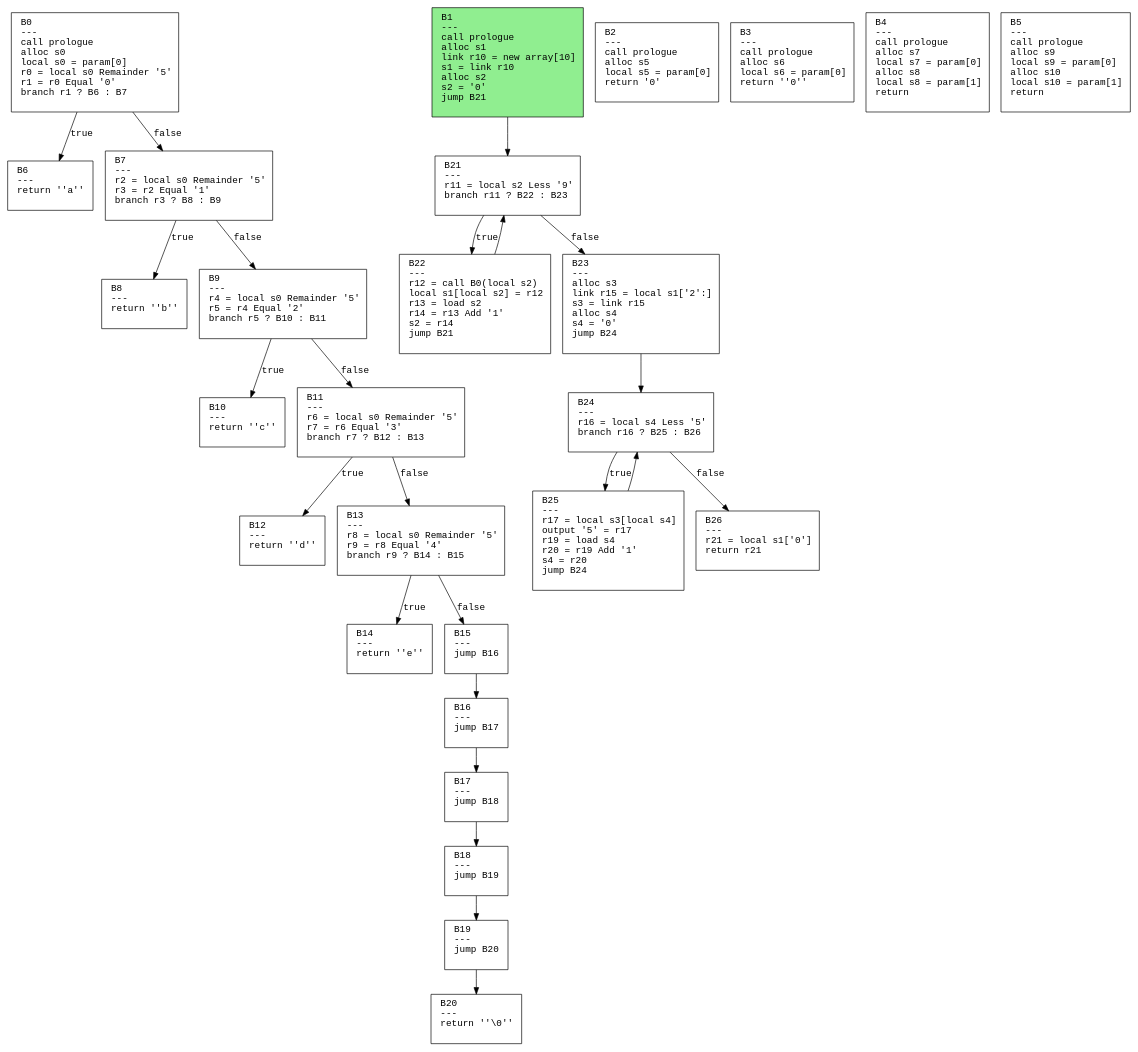
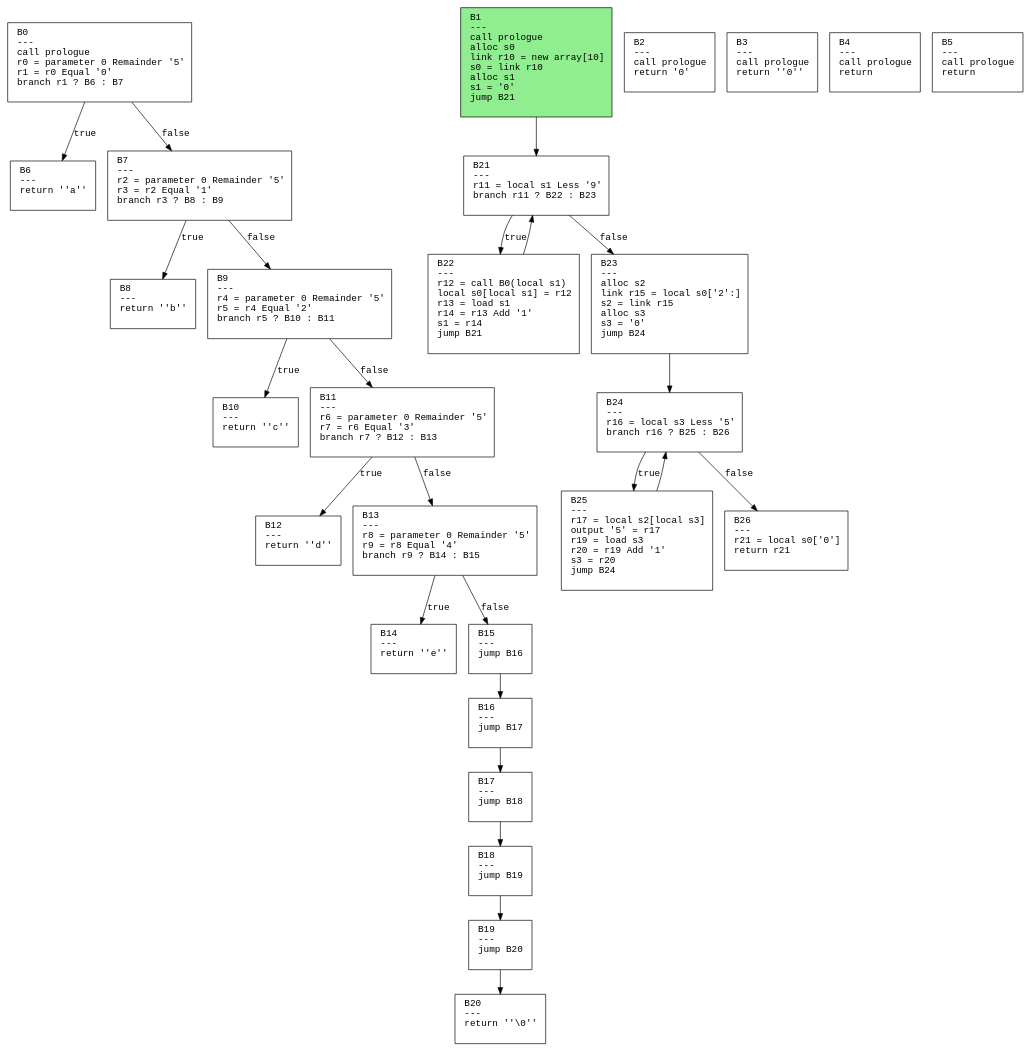
Before and after one commit to safarislava/ProcTranslator: the diagram in schemes/array.dot, drawn with Graphviz. The commit also changed 26 other files, not shown here.

```diff
--- a/schemes/array.dot
+++ b/schemes/array.dot
@@ -1,57 +1,57 @@
 digraph CFG {
   rankdir=TB;
   node [shape=box, fontname="Courier", style=filled, fillcolor=white, margin="0.2,0.1"];
   edge [fontname="Courier"];
 
-  "B0" [label="B0\l---\lcall prologue\lalloc s0\llocal s0 = param[0]\lr0 = local s0 Remainder '5'\lr1 = r0 Equal '0'\lbranch r1 ? B6 : B7\l "];
-  "B1" [label="B1\l---\lcall prologue\lalloc s1\llink r10 = new array[10]\ls1 = link r10\lalloc s2\ls2 = '0'\ljump B21\l "];
-  "B2" [label="B2\l---\lcall prologue\lalloc s5\llocal s5 = param[0]\lreturn '0'\l "];
-  "B3" [label="B3\l---\lcall prologue\lalloc s6\llocal s6 = param[0]\lreturn ''0''\l "];
-  "B4" [label="B4\l---\lcall prologue\lalloc s7\llocal s7 = param[0]\lalloc s8\llocal s8 = param[1]\lreturn\l "];
-  "B5" [label="B5\l---\lcall prologue\lalloc s9\llocal s9 = param[0]\lalloc s10\llocal s10 = param[1]\lreturn\l "];
+  "B0" [label="B0\l---\lcall prologue\lr0 = parameter 0 Remainder '5'\lr1 = r0 Equal '0'\lbranch r1 ? B6 : B7\l "];
+  "B1" [label="B1\l---\lcall prologue\lalloc s0\llink r10 = new array[10]\ls0 = link r10\lalloc s1\ls1 = '0'\ljump B21\l "];
+  "B2" [label="B2\l---\lcall prologue\lreturn '0'\l "];
+  "B3" [label="B3\l---\lcall prologue\lreturn ''0''\l "];
+  "B4" [label="B4\l---\lcall prologue\lreturn\l "];
+  "B5" [label="B5\l---\lcall prologue\lreturn\l "];
   "B6" [label="B6\l---\lreturn ''a''\l "];
-  "B7" [label="B7\l---\lr2 = local s0 Remainder '5'\lr3 = r2 Equal '1'\lbranch r3 ? B8 : B9\l "];
+  "B7" [label="B7\l---\lr2 = parameter 0 Remainder '5'\lr3 = r2 Equal '1'\lbranch r3 ? B8 : B9\l "];
   "B8" [label="B8\l---\lreturn ''b''\l "];
-  "B9" [label="B9\l---\lr4 = local s0 Remainder '5'\lr5 = r4 Equal '2'\lbranch r5 ? B10 : B11\l "];
+  "B9" [label="B9\l---\lr4 = parameter 0 Remainder '5'\lr5 = r4 Equal '2'\lbranch r5 ? B10 : B11\l "];
   "B10" [label="B10\l---\lreturn ''c''\l "];
-  "B11" [label="B11\l---\lr6 = local s0 Remainder '5'\lr7 = r6 Equal '3'\lbranch r7 ? B12 : B13\l "];
+  "B11" [label="B11\l---\lr6 = parameter 0 Remainder '5'\lr7 = r6 Equal '3'\lbranch r7 ? B12 : B13\l "];
   "B12" [label="B12\l---\lreturn ''d''\l "];
-  "B13" [label="B13\l---\lr8 = local s0 Remainder '5'\lr9 = r8 Equal '4'\lbranch r9 ? B14 : B15\l "];
+  "B13" [label="B13\l---\lr8 = parameter 0 Remainder '5'\lr9 = r8 Equal '4'\lbranch r9 ? B14 : B15\l "];
   "B14" [label="B14\l---\lreturn ''e''\l "];
   "B15" [label="B15\l---\ljump B16\l "];
   "B16" [label="B16\l---\ljump B17\l "];
   "B17" [label="B17\l---\ljump B18\l "];
   "B18" [label="B18\l---\ljump B19\l "];
   "B19" [label="B19\l---\ljump B20\l "];
   "B20" [label="B20\l---\lreturn ''\\0''\l "];
-  "B21" [label="B21\l---\lr11 = local s2 Less '9'\lbranch r11 ? B22 : B23\l "];
-  "B22" [label="B22\l---\lr12 = call B0(local s2)\llocal s1[local s2] = r12\lr13 = load s2\lr14 = r13 Add '1'\ls2 = r14\ljump B21\l "];
-  "B23" [label="B23\l---\lalloc s3\llink r15 = local s1['2':]\ls3 = link r15\lalloc s4\ls4 = '0'\ljump B24\l "];
-  "B24" [label="B24\l---\lr16 = local s4 Less '5'\lbranch r16 ? B25 : B26\l "];
-  "B25" [label="B25\l---\lr17 = local s3[local s4]\loutput '5' = r17\lr19 = load s4\lr20 = r19 Add '1'\ls4 = r20\ljump B24\l "];
-  "B26" [label="B26\l---\lr21 = local s1['0']\lreturn r21\l "];
+  "B21" [label="B21\l---\lr11 = local s1 Less '9'\lbranch r11 ? B22 : B23\l "];
+  "B22" [label="B22\l---\lr12 = call B0(local s1)\llocal s0[local s1] = r12\lr13 = load s1\lr14 = r13 Add '1'\ls1 = r14\ljump B21\l "];
+  "B23" [label="B23\l---\lalloc s2\llink r15 = local s0['2':]\ls2 = link r15\lalloc s3\ls3 = '0'\ljump B24\l "];
+  "B24" [label="B24\l---\lr16 = local s3 Less '5'\lbranch r16 ? B25 : B26\l "];
+  "B25" [label="B25\l---\lr17 = local s2[local s3]\loutput '5' = r17\lr19 = load s3\lr20 = r19 Add '1'\ls3 = r20\ljump B24\l "];
+  "B26" [label="B26\l---\lr21 = local s0['0']\lreturn r21\l "];
   "B0" -> "B6" [label="true"];
   "B0" -> "B7" [label="false"];
   "B1" -> "B21";
   "B7" -> "B8" [label="true"];
   "B7" -> "B9" [label="false"];
   "B9" -> "B10" [label="true"];
   "B9" -> "B11" [label="false"];
   "B11" -> "B12" [label="true"];
   "B11" -> "B13" [label="false"];
   "B13" -> "B14" [label="true"];
   "B13" -> "B15" [label="false"];
   "B15" -> "B16";
   "B16" -> "B17";
   "B17" -> "B18";
   "B18" -> "B19";
   "B19" -> "B20";
   "B21" -> "B22" [label="true"];
   "B21" -> "B23" [label="false"];
   "B22" -> "B21";
   "B23" -> "B24";
   "B24" -> "B25" [label="true"];
   "B24" -> "B26" [label="false"];
   "B25" -> "B24";
   "B1" [fillcolor=lightgreen];
 }
```
